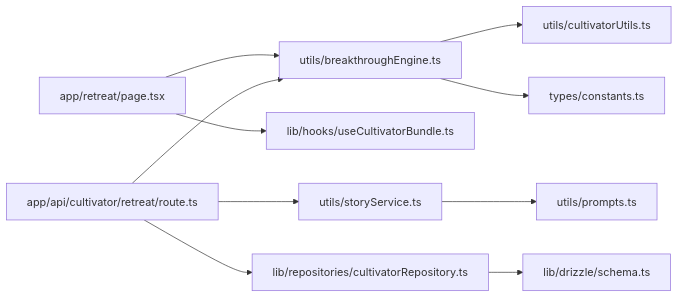
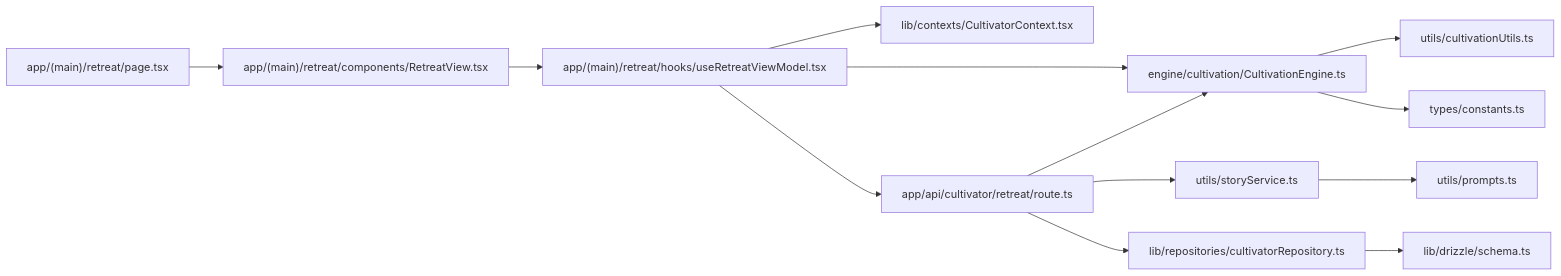
One commit to ChurchTao/Daoyou changed the third of 3 diagrams in .qoder/repowiki/zh/content/核心功能模块/闭关系统.md. Above: the diagram before and after it, drawn with Mermaid. The commit also changed other lines of this file and 14 other files, not shown here.

````diff
--- a/.qoder/repowiki/zh/content/核心功能模块/闭关系统.md
+++ b/.qoder/repowiki/zh/content/核心功能模块/闭关系统.md
@@ -294,12 +344,15 @@
 ```mermaid
 graph LR
-Page["app/retreat/page.tsx"] --> Engine["utils/breakthroughEngine.ts"]
-Page --> Hook["lib/hooks/useCultivatorBundle.ts"]
-Route["app/api/cultivator/retreat/route.ts"] --> Engine
+Page["app/(main)/retreat/page.tsx"] --> View["app/(main)/retreat/components/RetreatView.tsx"]
+View --> VM["app/(main)/retreat/hooks/useRetreatViewModel.tsx"]
+VM --> Context["lib/contexts/CultivatorContext.tsx"]
+VM --> Engine["engine/cultivation/CultivationEngine.ts"]
+VM --> Route["app/api/cultivator/retreat/route.ts"]
+Route --> Engine
 Route --> Story["utils/storyService.ts"]
 Route --> Repo["lib/repositories/cultivatorRepository.ts"]
 Repo --> Schema["lib/drizzle/schema.ts"]
-Engine --> Utils["utils/cultivatorUtils.ts"]
+Engine --> Utils["utils/cultivationUtils.ts"]
 Engine --> Const["types/constants.ts"]
 Story --> Prompts["utils/prompts.ts"]
 ```
````
